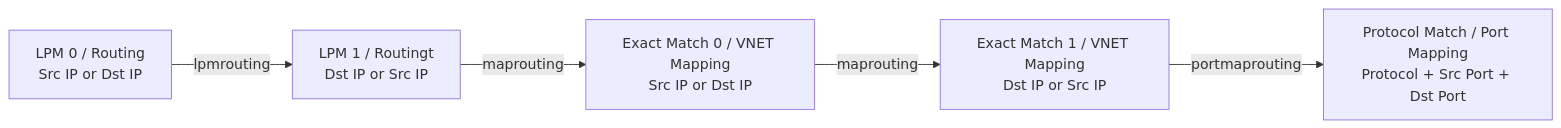
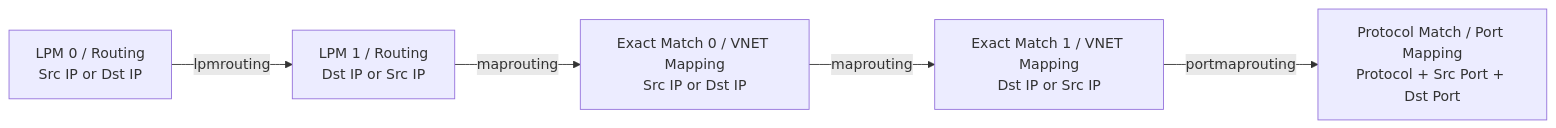
The fourth of 5 diagrams in documentation/dataplane/dash-pipeline-packet-flow.md (sonic-net/DASH), drawn with Mermaid before and after one commit.

Commit message:
minor fix.

````diff
--- a/documentation/dataplane/dash-pipeline-packet-flow.md
+++ b/documentation/dataplane/dash-pipeline-packet-flow.md
@@ -166,13 +166,13 @@
 ```mermaid
 flowchart LR
     LPM0[LPM 0 / Routing<br>Src IP or Dst IP]
-    LPM1[LPM 1 / Routingt<br>Dst IP or Src IP]
+    LPM1[LPM 1 / Routing<br>Dst IP or Src IP]
     Exact0[Exact Match 0 / VNET Mapping<br>Src IP or Dst IP]
     Exact1[Exact Match 1 / VNET Mapping<br>Dst IP or Src IP]
     Proto[Protocol Match / Port Mapping<br>Protocol + Src Port + Dst Port]
 
     LPM0 --> |lpmrouting| LPM1
     LPM1 --> |maprouting| Exact0
     Exact0 --> |maprouting| Exact1
     Exact1 --> |portmaprouting| Proto
 ```
````
